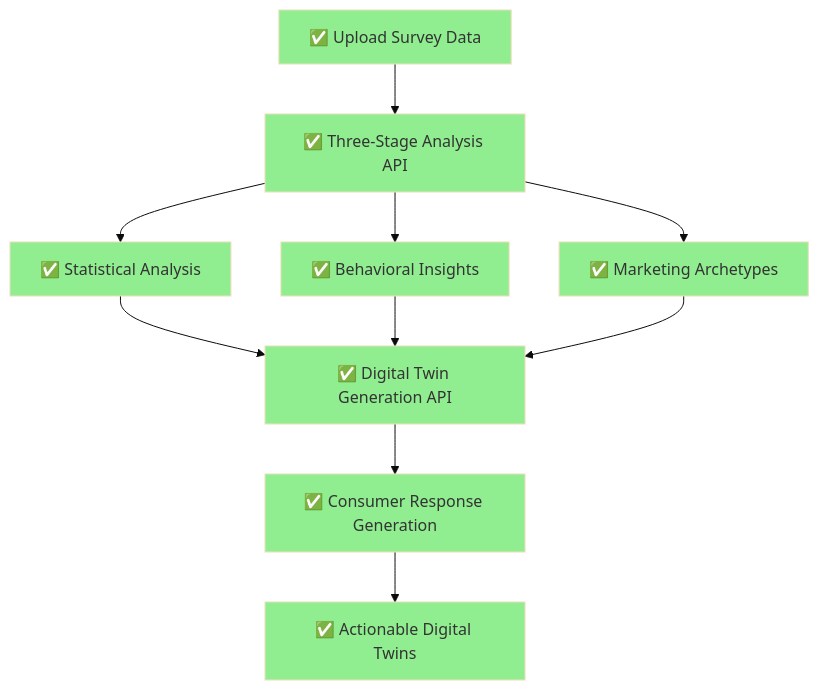
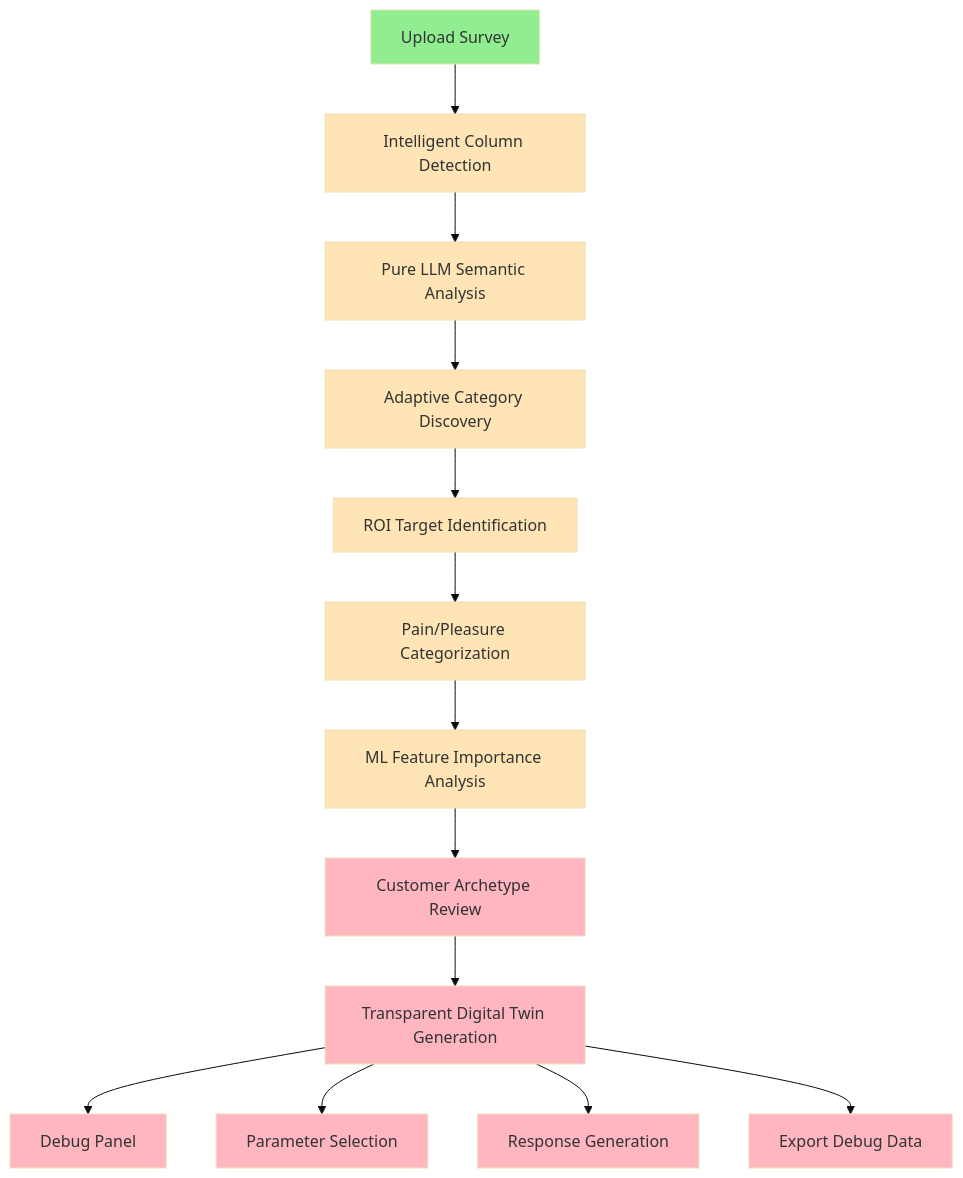
One commit to SkyeAssetManagement/digital-twins changed the sixth of 8 diagrams in CODE_DOCUMENTATION.md. Above: the diagram before and after it, drawn with Mermaid (base theme). The commit also changed other lines of this file and 6 other files, not shown here.

````diff
--- a/CODE_DOCUMENTATION.md
+++ b/CODE_DOCUMENTATION.md
@@ -679,23 +841,30 @@
 ```mermaid
 graph TD
-    A[✅ Upload Survey Data] --> B[✅ Three-Stage Analysis API]
-    B --> C[✅ Statistical Analysis]
-    B --> D[✅ Behavioral Insights] 
-    B --> E[✅ Marketing Archetypes]
+    A[Upload Survey] --> B[Intelligent Column Detection]
+    B --> C[Pure LLM Semantic Analysis]
+    C --> D[Adaptive Category Discovery]
+    D --> E[ROI Target Identification]
+    E --> F[Pain/Pleasure Categorization]
+    F --> G[ML Feature Importance Analysis]
+    G --> H[Customer Archetype Review]
+    H --> I[Transparent Digital Twin Generation]
     
-    C --> F[✅ Digital Twin Generation API]
-    D --> F
-    E --> F
-    
-    F --> G[✅ Consumer Response Generation]
-    G --> H[✅ Actionable Digital Twins]
+    I --> I1[Debug Panel]
+    I --> I2[Parameter Selection]
+    I --> I3[Response Generation]
+    I --> I4[Export Debug Data]
     
     style A fill:#90EE90
-    style B fill:#90EE90
-    style C fill:#90EE90
-    style D fill:#90EE90
-    style E fill:#90EE90
-    style F fill:#90EE90
-    style G fill:#90EE90
-    style H fill:#90EE90
+    style B fill:#FFE4B5
+    style C fill:#FFE4B5
+    style D fill:#FFE4B5
+    style E fill:#FFE4B5
+    style F fill:#FFE4B5
+    style G fill:#FFE4B5
+    style H fill:#FFB6C1
+    style I fill:#FFB6C1
+    style I1 fill:#FFB6C1
+    style I2 fill:#FFB6C1
+    style I3 fill:#FFB6C1
+    style I4 fill:#FFB6C1
 ```
````
